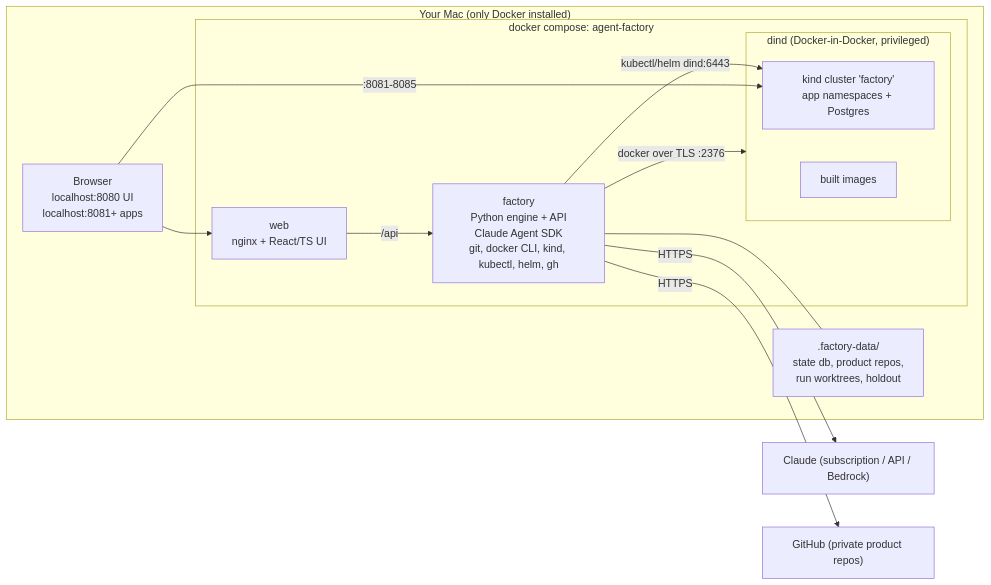
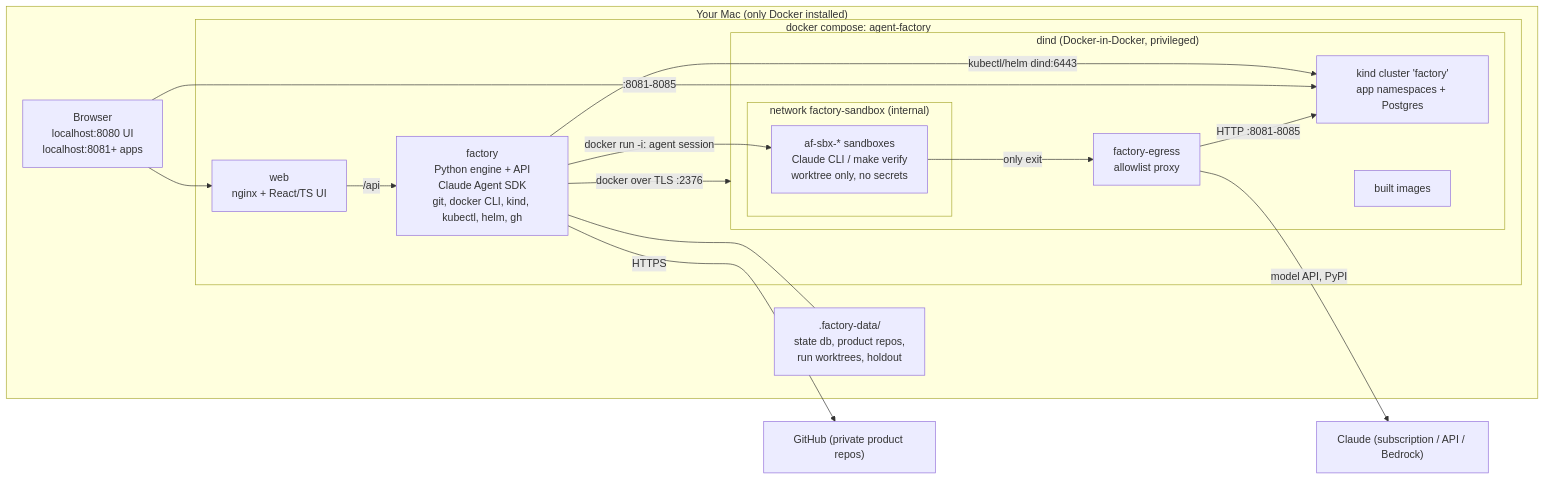
Before and after one commit to Priyasaravana/agent-factory: the first of 2 diagrams in docs/architecture.md, drawn with Mermaid. The commit also changed other lines of this file and 66 other files, not shown here.

````diff
--- a/docs/architecture.md
+++ b/docs/architecture.md
@@ -5,22 +5,29 @@
 ```mermaid
 flowchart LR
   subgraph mac["Your Mac (only Docker installed)"]
     browser["Browser<br/>localhost:8080 UI<br/>localhost:8081+ apps"]
     subgraph compose["docker compose: agent-factory"]
       web["web<br/>nginx + React/TS UI"]
       factory["factory<br/>Python engine + API<br/>Claude Agent SDK<br/>git, docker CLI, kind, kubectl, helm, gh"]
       subgraph dind["dind (Docker-in-Docker, privileged)"]
         kind["kind cluster 'factory'<br/>app namespaces + Postgres"]
         images["built images"]
+        subgraph sbx["network factory-sandbox (internal)"]
+          sandbox["af-sbx-* sandboxes<br/>Claude CLI / make verify<br/>worktree only, no secrets"]
+        end
+        egress["factory-egress<br/>allowlist proxy"]
       end
     end
     data[".factory-data/<br/>state db, product repos,<br/>run worktrees, holdout"]
   end
   browser --> web -->|/api| factory
   factory -->|docker over TLS :2376| dind
   factory -->|kubectl/helm dind:6443| kind
   factory --- data
   browser -->|:8081-8085| kind
-  factory -->|HTTPS| claude["Claude (subscription / API / Bedrock)"]
+  factory -->|docker run -i: agent session| sandbox
+  sandbox -->|only exit| egress
+  egress -->|model API, PyPI| claude["Claude (subscription / API / Bedrock)"]
+  egress -->|HTTP :8081-8085| kind
   factory -->|HTTPS| gh["GitHub (private product repos)"]
 ```
````
